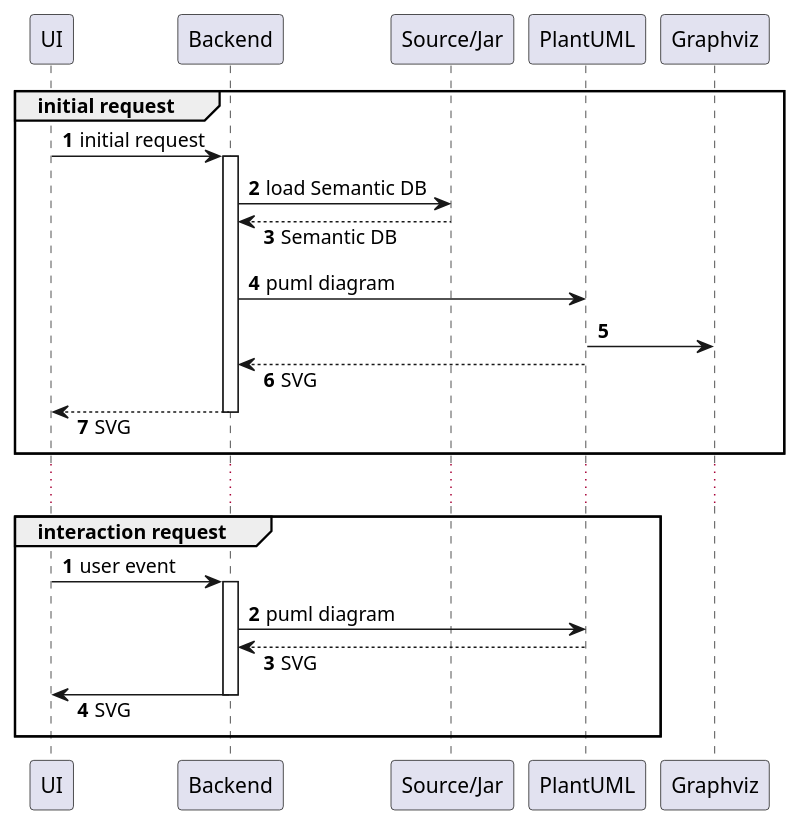
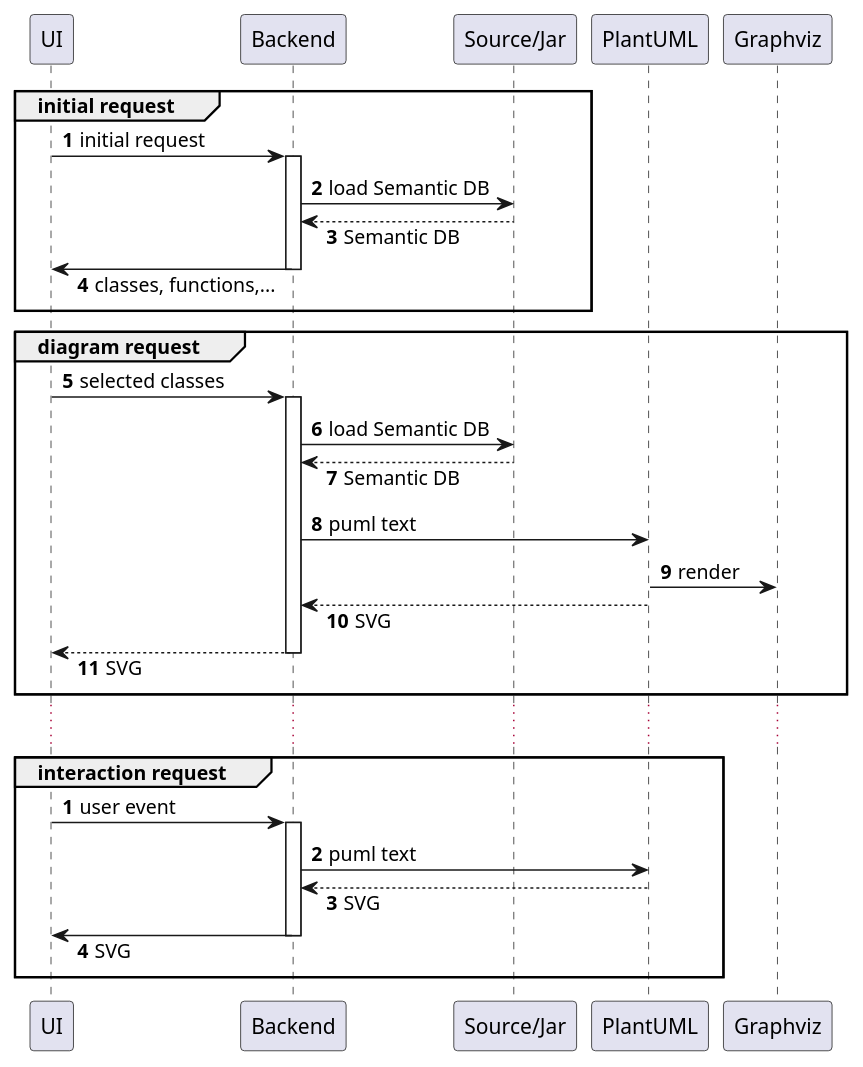
Before and after one commit to jpablo/type-explorer: the diagram in docs/architecture-v1.puml, drawn with PlantUML. The commit also changed 7 other files, not shown here.

```diff
--- a/docs/architecture-v1.puml
+++ b/docs/architecture-v1.puml
@@ -1,40 +1,48 @@
 @startuml
 'https://plantuml.com/sequence-diagram
 
 autonumber
 skinparam responseMessageBelowArrow true
 
 participant UI
 
 group initial request
+    UI -> Backend: initial request
+    activate Backend
 
-UI -> Backend: initial request
+        Backend -> "Source/Jar": load Semantic DB
+        Backend <-- "Source/Jar": Semantic DB
 
-activate Backend
+        UI <- Backend: classes, functions,...
+    deactivate Backend
+end
 
-Backend -> "Source/Jar": load Semantic DB
-Backend <-- "Source/Jar": Semantic DB
-Backend -> PlantUML: puml diagram
-PlantUML -> Graphviz
-Backend <-- PlantUML: SVG
-UI <-- Backend: SVG
+group diagram request
+    UI -> Backend: selected classes
+    activate Backend
 
-deactivate Backend
+        Backend -> "Source/Jar": load Semantic DB
+        Backend <-- "Source/Jar": Semantic DB
+        Backend -> PlantUML: puml text
+        PlantUML -> Graphviz : render
+        Backend <-- PlantUML: SVG
+        UI <-- Backend: SVG
+    deactivate Backend
 end
 
 ...
 group interaction request
 
-autonumber 1
+    autonumber 1
 
-UI -> Backend: user event
+    UI -> Backend: user event
 
-activate Backend
+    activate Backend
 
-Backend -> PlantUML: puml diagram
-Backend <-- PlantUML: SVG
-UI <- Backend: SVG
-deactivate Backend
+    Backend -> PlantUML: puml text
+    Backend <-- PlantUML: SVG
+    UI <- Backend: SVG
+    deactivate Backend
 end
 
 @enduml
```
